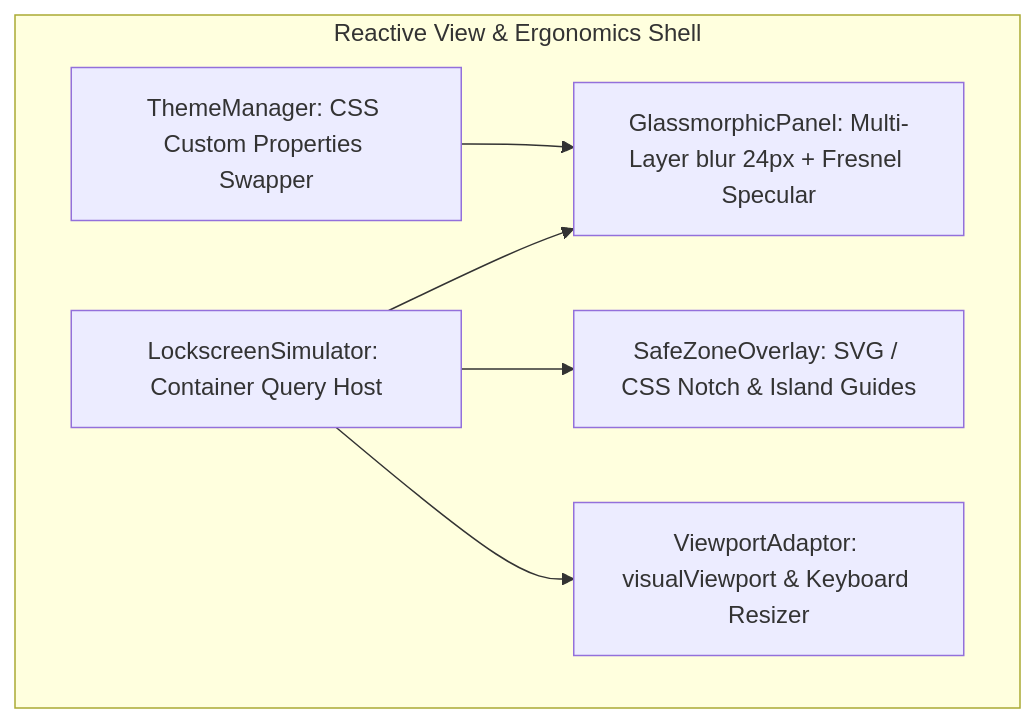
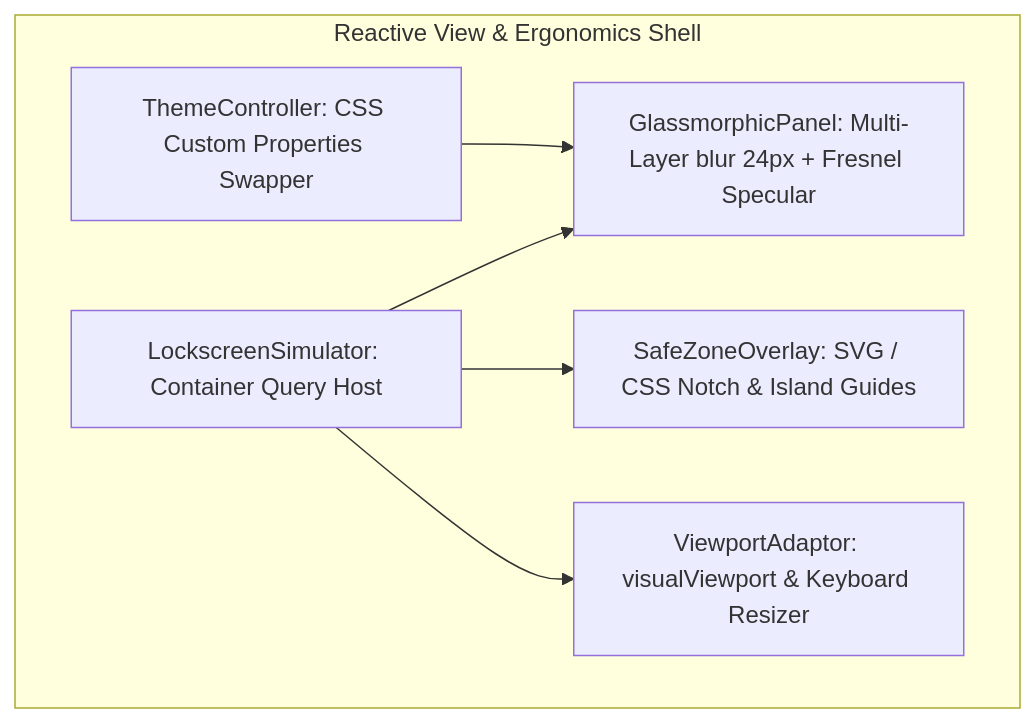
One commit to piyushmakhija28/countdown-lockscreen-challenge changed the sixth of 9 diagrams in docs/02-hld.md. Above: the diagram before and after it, drawn with Mermaid. The commit also changed other lines of this file and 43 other files, not shown here.

Commit message:
docs(grand-prize): eliminate all 11 foundational architecture discrepancies, sync UML parity, and generate 13 Draw.io diagrams (v1.8.0) (#1)

````diff
--- a/docs/02-hld.md
+++ b/docs/02-hld.md
@@ -190,15 +190,15 @@
 ```mermaid
 graph TD
     subgraph ViewErgonomics [Reactive View & Ergonomics Shell]
         Shell[LockscreenSimulator: Container Query Host]
         GlassCard[GlassmorphicPanel: Multi-Layer blur 24px + Fresnel Specular]
         OverlayGuide[SafeZoneOverlay: SVG / CSS Notch & Island Guides]
-        ThemeEngine[ThemeManager: CSS Custom Properties Swapper]
+        ThemeEngine[ThemeController: CSS Custom Properties Swapper]
         ViewportSync[ViewportAdaptor: visualViewport & Keyboard Resizer]
     end
 
     Shell --> GlassCard
     Shell --> OverlayGuide
     Shell --> ViewportSync
     ThemeEngine --> GlassCard
 ```
````
